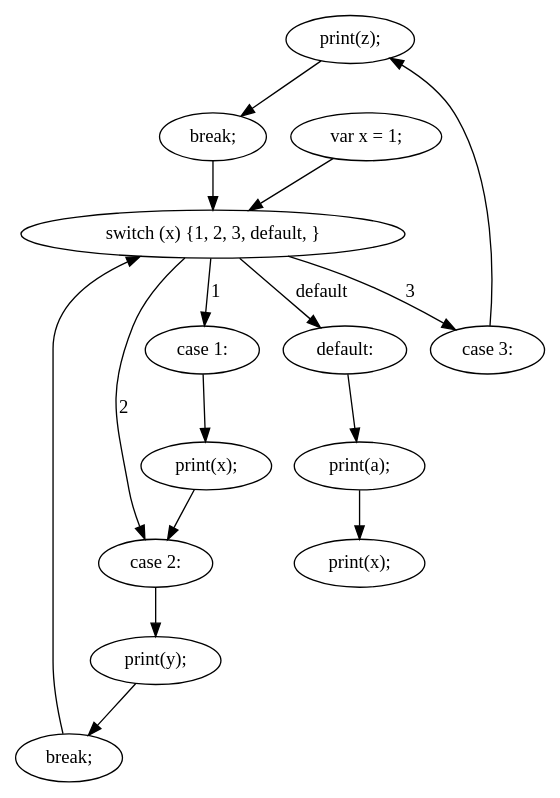
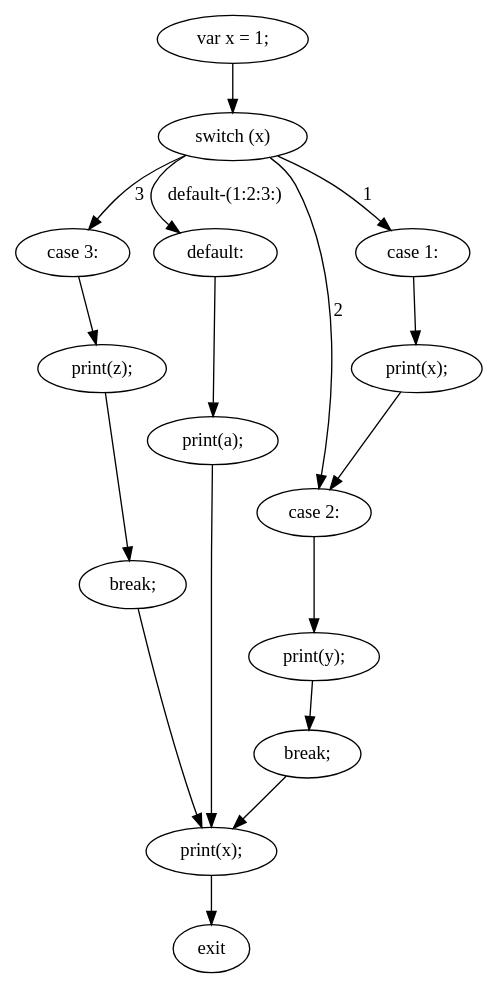
Before and after one commit to Shoreray/JsRetest: the diagram in JsRetest/jsTests/dotFiles/testSwitchDefault.js.0.dot, drawn with Graphviz. The commit also changed 408 other files, not shown here.

```diff
--- a/JsRetest/jsTests/dotFiles/testSwitchDefault.js.0.dot
+++ b/JsRetest/jsTests/dotFiles/testSwitchDefault.js.0.dot
@@ -1,30 +1,32 @@
 digraph {
-"0" [label="print(z);\n"] 
-"1" [label="default:\n"] 
-"2" [label="break;\n"] 
-"3" [label="break;\n"] 
-"4" [label="print(x);\n"] 
-"5" [label="case 1:\n"] 
-"6" [label="case 2:\n"] 
-"7" [label="case 3:\n"] 
-"8" [label="print(a);\n"] 
-"9" [label="print(y);\n"] 
-"10" [label="var x = 1;\n"] 
-"11" [label="switch (x) {1, 2, 3, default, }"] 
-"12" [label="print(x);\n"] 
-"0" -> "2" [label=""] 
-"1" -> "8" [label=""] 
-"2" -> "11" [label=""] 
-"3" -> "11" [label=""] 
-"5" -> "12" [label=""] 
+"0" [label="print(a);\n"] 
+"1" [label="var x = 1;\n"] 
+"2" [label="switch (x)"] 
+"3" [label="case 3:\n"] 
+"4" [label="case 2:\n"] 
+"5" [label="default:\n"] 
+"6" [label="break;\n"] 
+"7" [label="print(x);\n"] 
+"8" [label="print(y);\n"] 
+"9" [label="print(x);\n"] 
+"10" [label="case 1:\n"] 
+"11" [label="exit"] 
+"12" [label="print(z);\n"] 
+"13" [label="break;\n"] 
+"0" -> "9" [label=""] 
+"1" -> "2" [label=""] 
+"2" -> "10" [label="1"] 
+"2" -> "4" [label="2"] 
+"2" -> "3" [label="3"] 
+"2" -> "5" [label="default-(1:2:3:)"] 
+"3" -> "12" [label=""] 
+"4" -> "8" [label=""] 
+"5" -> "0" [label=""] 
 "6" -> "9" [label=""] 
-"7" -> "0" [label=""] 
-"8" -> "4" [label=""] 
-"9" -> "3" [label=""] 
-"10" -> "11" [label=""] 
-"11" -> "5" [label="1"] 
-"11" -> "6" [label="2"] 
-"11" -> "7" [label="3"] 
-"11" -> "1" [label="default"] 
-"12" -> "6" [label=""] 
+"7" -> "4" [label=""] 
+"8" -> "6" [label=""] 
+"9" -> "11" [label=""] 
+"10" -> "7" [label=""] 
+"12" -> "13" [label=""] 
+"13" -> "9" [label=""] 
 }
```
